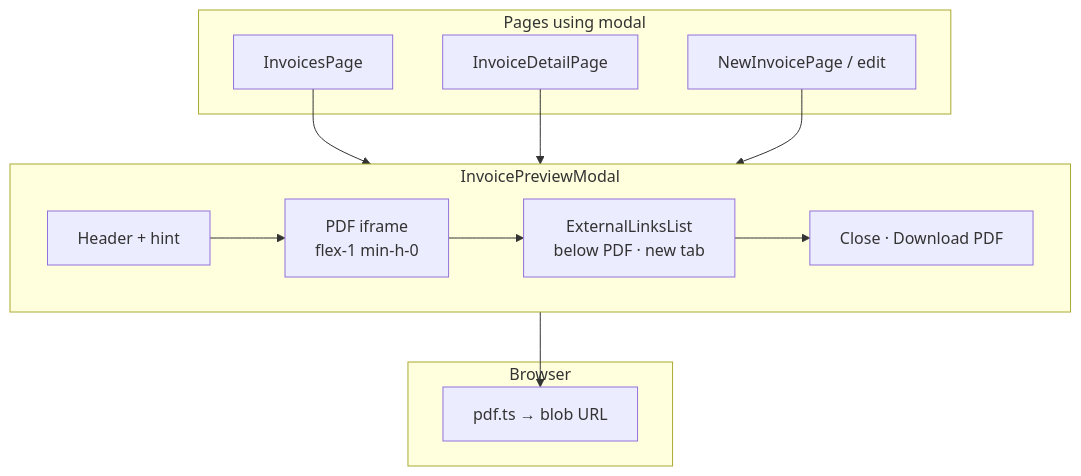
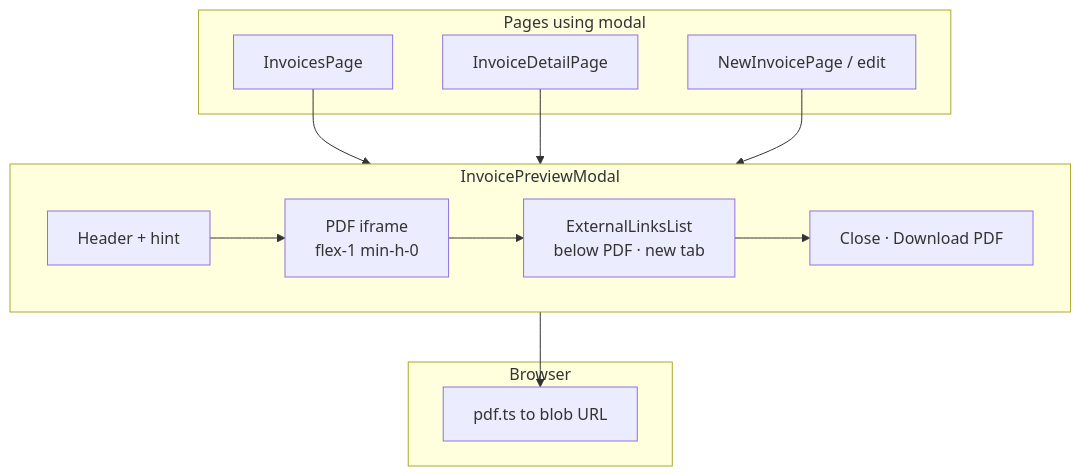
The sixth of 6 diagrams in docs/architecture.md (becomeonewiththecode/invoicing), drawn with Mermaid before and after one commit. The commit also changed other lines of this file, not shown here.

First line of the commit message:
docs: fix Mermaid syntax in architecture.md for reliable rendering

````diff
--- a/docs/architecture.md
+++ b/docs/architecture.md
@@ -249,27 +249,27 @@
 ```mermaid
 flowchart TB
   subgraph Pages["Pages using modal"]
     P1["InvoicesPage"]
     P2["InvoiceDetailPage"]
     P3["NewInvoicePage / edit"]
   end
 
-  subgraph Modal["InvoicePreviewModal"]
+  subgraph IPModal["InvoicePreviewModal"]
     H["Header + hint"]
     I["PDF iframe\nflex-1 min-h-0"]
     L["ExternalLinksList\nbelow PDF · new tab"]
     F["Close · Download PDF"]
   end
 
   subgraph Client["Browser"]
-    JSPDF["pdf.ts → blob URL"]
+    JSPDF["pdf.ts to blob URL"]
   end
 
-  P1 --> Modal
-  P2 --> Modal
-  P3 --> Modal
+  P1 --> IPModal
+  P2 --> IPModal
+  P3 --> IPModal
   H --> I
   I --> L
   L --> F
-  Modal --> JSPDF
+  IPModal --> JSPDF
 ```
````
